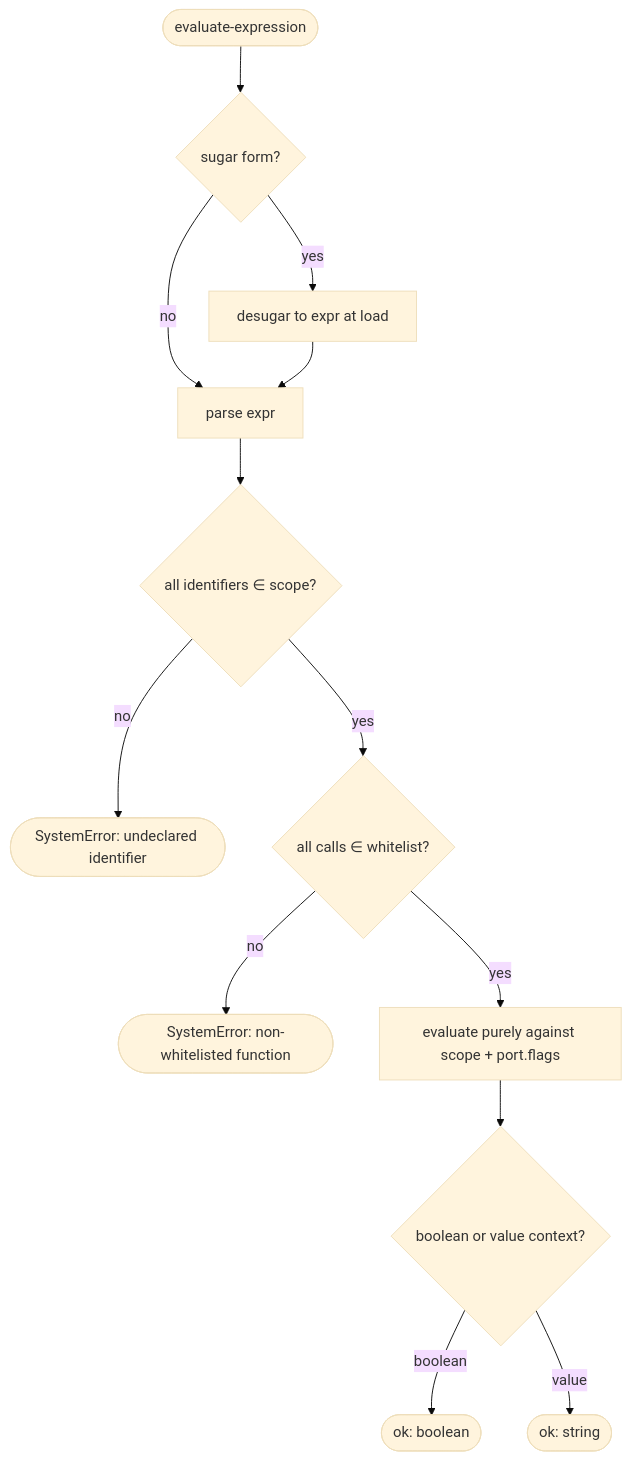
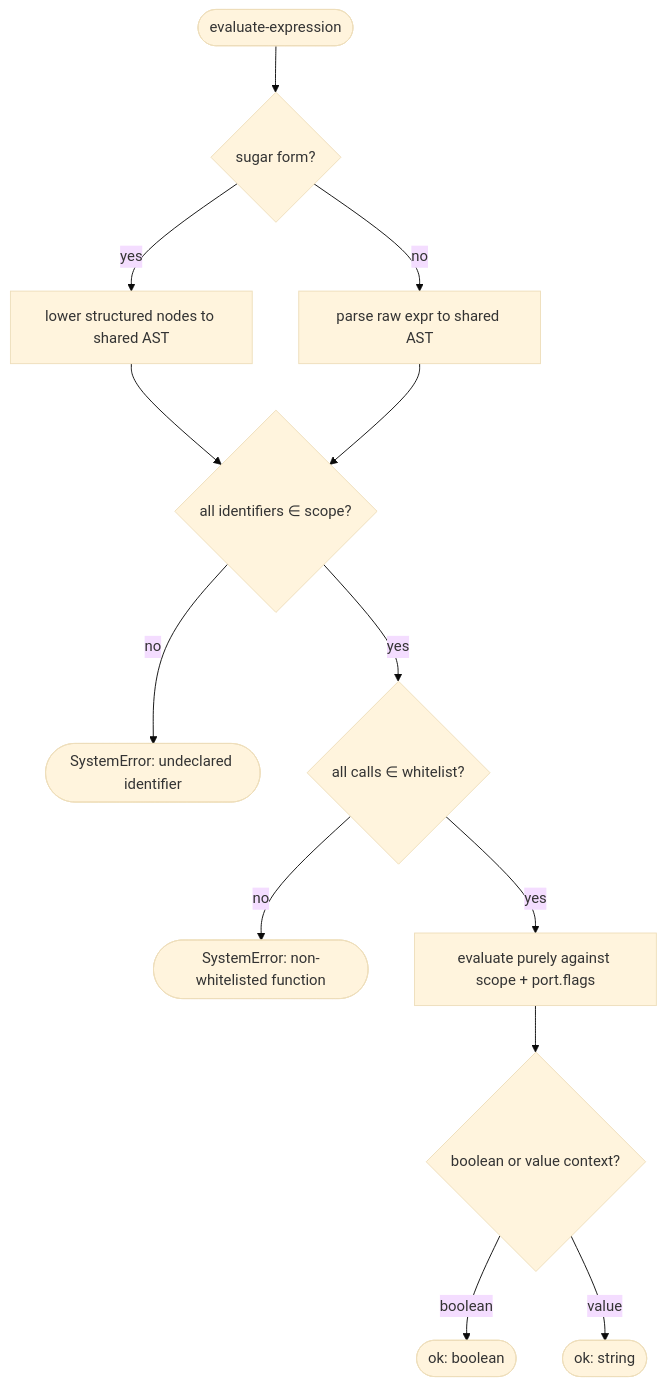
Before and after one commit to OfficeDev/microsoft-365-agents-toolkit: the diagram in docs/03-specs/operations/scaffolding/evaluate-expression.md, drawn with Mermaid (base theme). The commit also changed other lines of this file and 10 other files, not shown here.

````diff
--- a/docs/03-specs/operations/scaffolding/evaluate-expression.md
+++ b/docs/03-specs/operations/scaffolding/evaluate-expression.md
@@ -90,15 +102,15 @@
 ```mermaid
 flowchart TD
   start([evaluate-expression]) --> sugar{sugar form?}
-  sugar -->|yes| desugar[desugar to expr at load]
-  sugar -->|no| parse
-  desugar --> parse[parse expr]
-  parse --> ids{all identifiers ∈ scope?}
+  sugar -->|yes| desugar[lower structured nodes to shared AST]
+  sugar -->|no| parse[parse raw expr to shared AST]
+  desugar --> ids{all identifiers ∈ scope?}
+  parse --> ids
   ids -->|no| errId([SystemError: undeclared identifier])
   ids -->|yes| fns{all calls ∈ whitelist?}
   fns -->|no| errFn([SystemError: non-whitelisted function])
   fns -->|yes| eval[evaluate purely against scope + port.flags]
   eval --> ctx{boolean or value context?}
   ctx -->|boolean| okB([ok: boolean])
   ctx -->|value| okV([ok: string])
 ```
````
